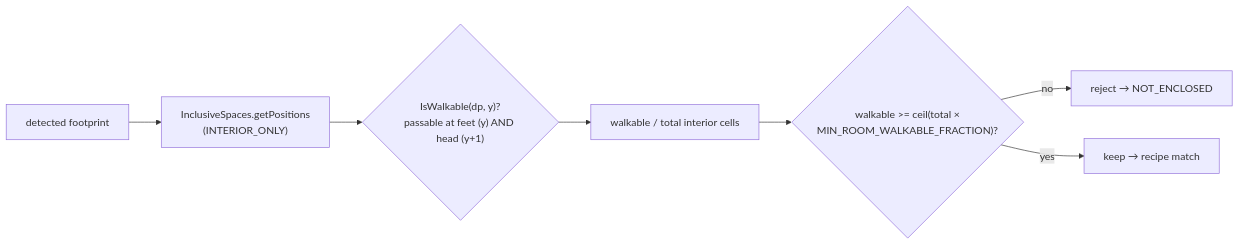
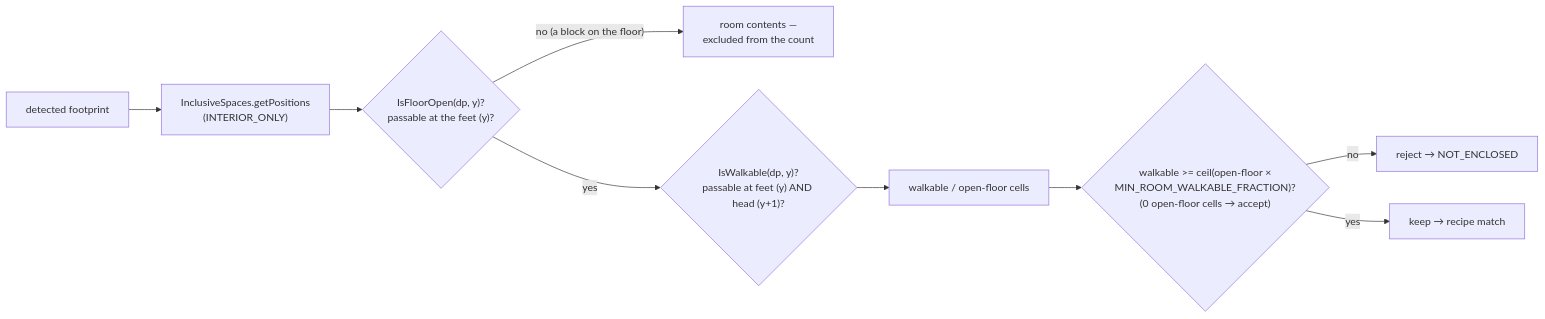
The second of 2 diagrams in src/main/java/ca/bradj/questown/town/rooms/COMPLEX.md (bradsk88/Questown), drawn with Mermaid before and after one commit. The commit also changed other lines of this file and 4 other files, not shown here.

First line of the commit message:
Room 3x3 storeroom: a feet-level work block is contents, not a low roof

````diff
--- a/src/main/java/ca/bradj/questown/town/rooms/COMPLEX.md
+++ b/src/main/java/ca/bradj/questown/town/rooms/COMPLEX.md
@@ -37,9 +37,11 @@
 ```mermaid
 flowchart LR
     Foot["detected footprint"] --> Cells["InclusiveSpaces.getPositions<br/>(INTERIOR_ONLY)"]
-    Cells --> Check{"IsWalkable(dp, y)?<br/>passable at feet (y) AND head (y+1)"}
-    Check --> Count["walkable / total interior cells"]
-    Count --> Verdict{"walkable >= ceil(total ×<br/>MIN_ROOM_WALKABLE_FRACTION)?"}
+    Cells --> Floor{"IsFloorOpen(dp, y)?<br/>passable at the feet (y)?"}
+    Floor -- "no (a block on the floor)" --> Content["room contents —<br/>excluded from the count"]
+    Floor -- yes --> Check{"IsWalkable(dp, y)?<br/>passable at feet (y) AND head (y+1)?"}
+    Check --> Count["walkable / open-floor cells"]
+    Count --> Verdict{"walkable >= ceil(open-floor ×<br/>MIN_ROOM_WALKABLE_FRACTION)?<br/>(0 open-floor cells → accept)"}
     Verdict -- no --> Rej["reject → NOT_ENCLOSED"]
     Verdict -- yes --> Keep["keep → recipe match"]
 ```
````
